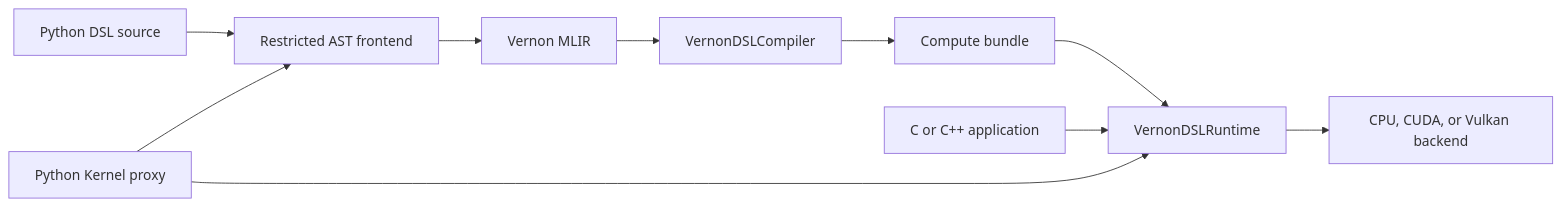
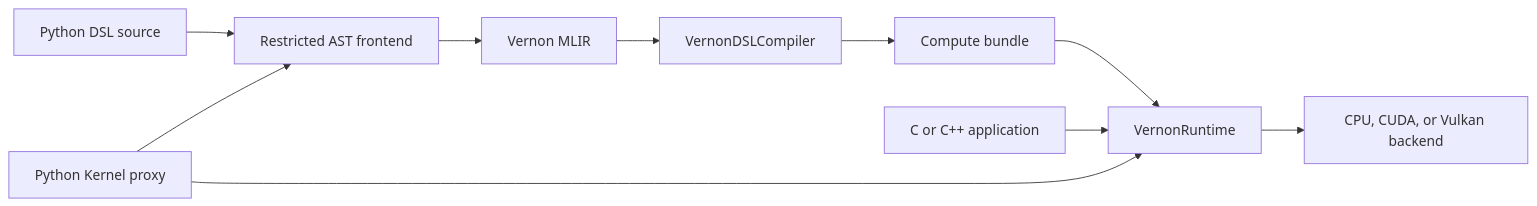
The diagram in specs/runtime/python_gpu_kernel_runtime_plan.md (morphling666/VernonDSL), drawn with Mermaid before and after one commit. The commit also changed other lines of this file and 49 other files, not shown here.

````diff
--- a/specs/runtime/python_gpu_kernel_runtime_plan.md
+++ b/specs/runtime/python_gpu_kernel_runtime_plan.md
@@ -105,12 +108,12 @@
 ```mermaid
 flowchart LR
   PythonSource["Python DSL source"] --> AstFrontend["Restricted AST frontend"]
   AstFrontend --> Mlir["Vernon MLIR"]
   Mlir --> Compiler["VernonDSLCompiler"]
   Compiler --> Bundle["Compute bundle"]
   PythonCall["Python Kernel proxy"] --> AstFrontend
-  PythonCall --> Runtime["VernonDSLRuntime"]
+  PythonCall --> Runtime["VernonRuntime"]
   NativeCall["C or C++ application"] --> Runtime
   Bundle --> Runtime
   Runtime --> Backend["CPU, CUDA, or Vulkan backend"]
 ```
````
